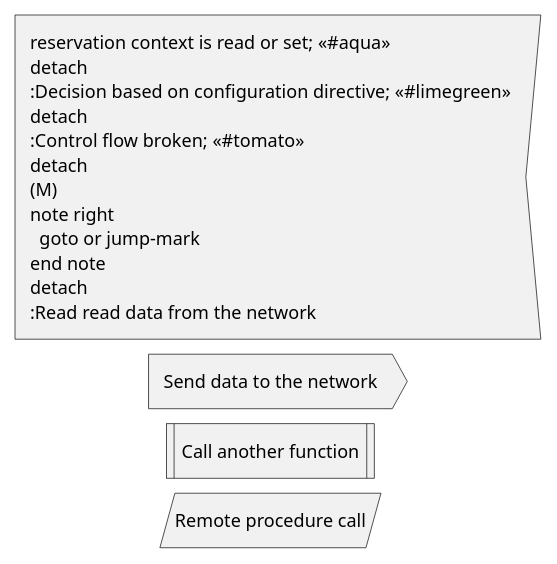
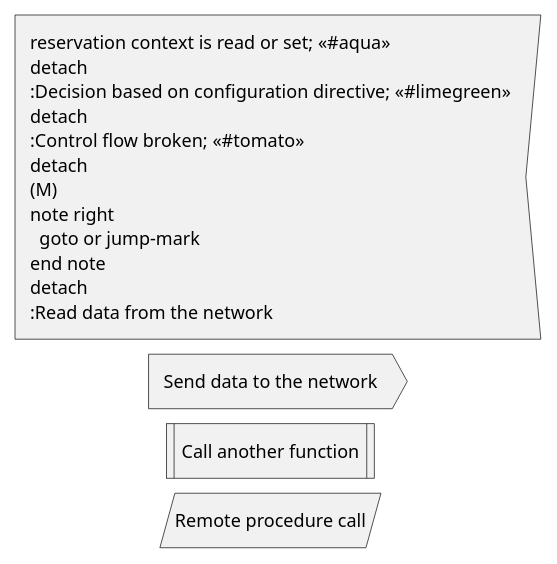
Before and after one commit to bareos/bareos: the diagram in docs/manuals/source/DeveloperGuide/reservation/legend.puml, drawn with PlantUML.

Commit message:
legend: fix typos

```diff
--- a/docs/manuals/source/DeveloperGuide/reservation/legend.puml
+++ b/docs/manuals/source/DeveloperGuide/reservation/legend.puml
@@ -1,21 +1,21 @@
 @startuml
 :reservation context is read or set; <<#aqua>>
 detach
 :Decision based on configuration directive; <<#limegreen>>
 detach
 :Control flow broken; <<#tomato>>
 detach
 (M)
 note right
   goto or jump-mark
 end note
 detach
-:Read read data from the network; <<input>>
+:Read data from the network; <<input>>
 detach
 :Send data to the network; <<output>>
 detach
 :Call another function; <<procedure>>
 detach
 :Remote procedure call; <<save>>
 
 @enduml
```
